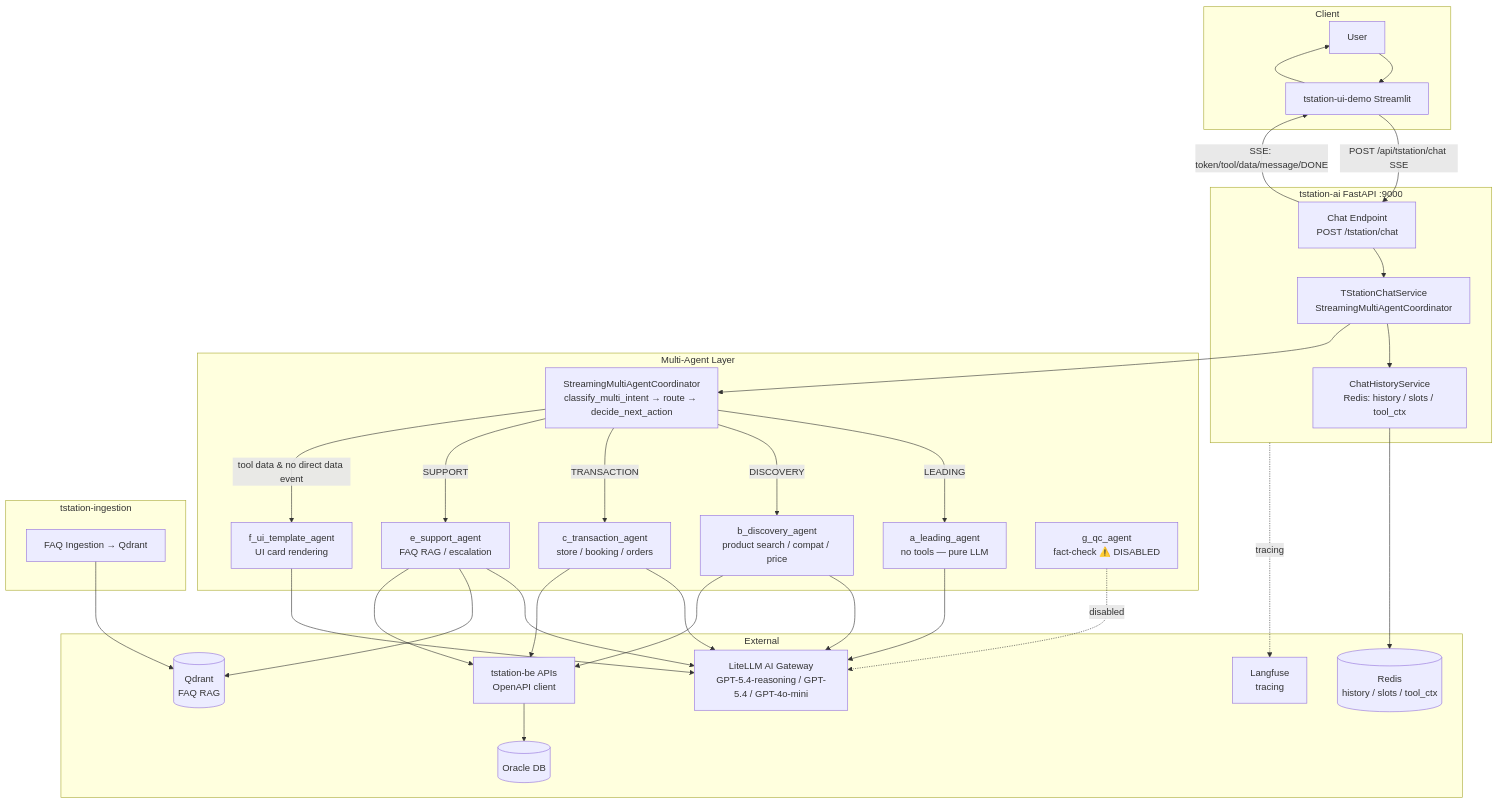
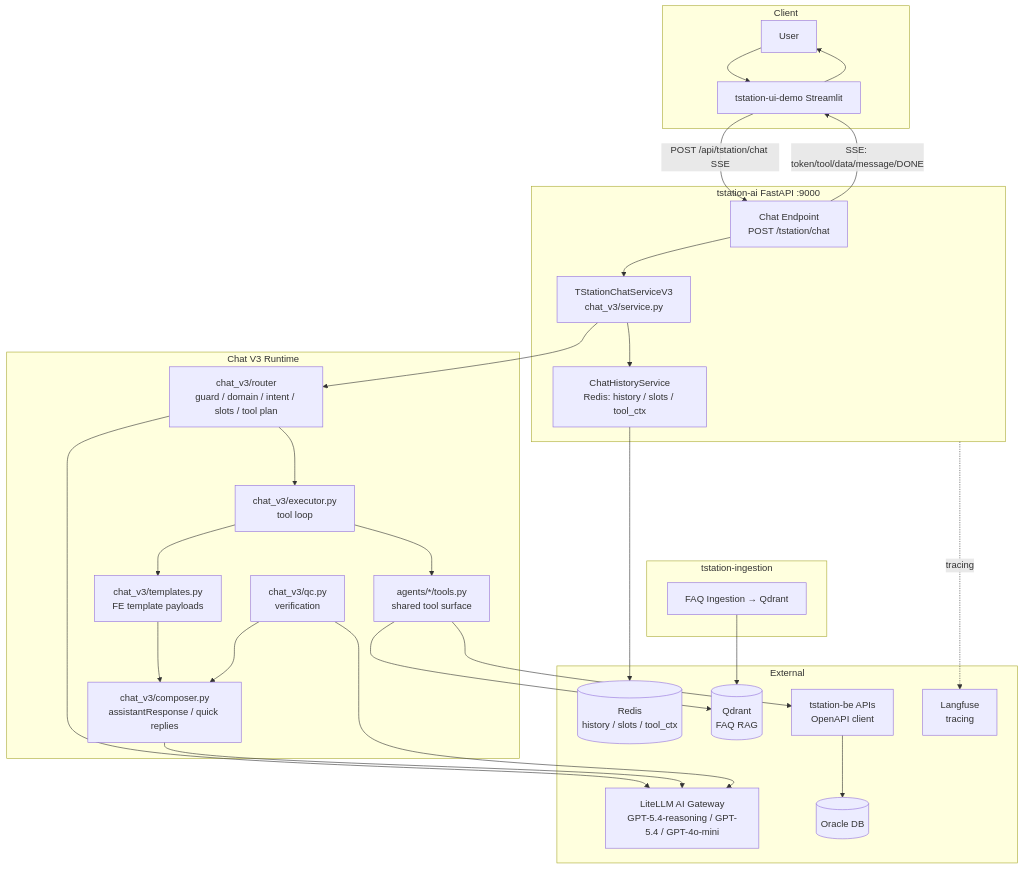
Before and after one commit to MinKhaungMinLwin/AI-Orchestration-Agent: the first of 2 diagrams in docs/full-architecture-mermaid.md, drawn with Mermaid. The commit also changed other lines of this file and 9 other files, not shown here.

````diff
--- a/docs/full-architecture-mermaid.md
+++ b/docs/full-architecture-mermaid.md
@@ -10,65 +13,59 @@
 ```mermaid
 flowchart TB
     subgraph Client
       U[User]
       UI[tstation-ui-demo Streamlit]
       U --> UI
       UI --> U
     end
 
     subgraph AI["tstation-ai FastAPI :9000"]
       EP[Chat Endpoint<br/>POST /tstation/chat]
-      CS[TStationChatService<br/>StreamingMultiAgentCoordinator]
+      CS[TStationChatServiceV3<br/>chat_v3/service.py]
       HS[ChatHistoryService<br/>Redis: history / slots / tool_ctx]
       EP --> CS
       CS --> HS
     end
 
-    subgraph Agents["Multi-Agent Layer"]
-      CO[StreamingMultiAgentCoordinator<br/>classify_multi_intent → route → decide_next_action]
-      L[a_leading_agent<br/>no tools — pure LLM]
-      D[b_discovery_agent<br/>product search / compat / price]
-      T[c_transaction_agent<br/>store / booking / orders]
-      S[e_support_agent<br/>FAQ RAG / escalation]
-      UT[f_ui_template_agent<br/>UI card rendering]
-      QC["g_qc_agent<br/>fact-check ⚠️ DISABLED"]
-      CO -->|LEADING| L
-      CO -->|DISCOVERY| D
-      CO -->|TRANSACTION| T
-      CO -->|SUPPORT| S
-      CO -->|tool data & no direct data event| UT
+    subgraph V3["Chat V3 Runtime"]
+      ROUTER[chat_v3/router<br/>guard / domain / intent / slots / tool plan]
+      EXEC[chat_v3/executor.py<br/>tool loop]
+      COMP[chat_v3/composer.py<br/>assistantResponse / quick replies]
+      TPL[chat_v3/templates.py<br/>FE template payloads]
+      QC[chat_v3/qc.py<br/>verification]
+      TOOLS[agents/*/tools.py<br/>shared tool surface]
+      ROUTER --> EXEC
+      EXEC --> TOOLS
+      EXEC --> TPL
+      TPL --> COMP
+      QC --> COMP
     end
 
     subgraph External
       GW[LiteLLM AI Gateway<br/>GPT-5.4-reasoning / GPT-5.4 / GPT-4o-mini]
       REDIS[(Redis<br/>history / slots / tool_ctx)]
       QDRANT[(Qdrant<br/>FAQ RAG)]
       BE[tstation-be APIs<br/>OpenAPI client]
       ORACLE[(Oracle DB)]
       LANG[Langfuse<br/>tracing]
     end
 
     subgraph Ingestion["tstation-ingestion"]
       ING[FAQ Ingestion → Qdrant]
     end
 
     UI -->|POST /api/tstation/chat SSE| EP
     EP -->|SSE: token/tool/data/message/DONE| UI
 
-    CS --> CO
-    L --> GW
-    D --> GW
-    T --> GW
-    S --> GW
-    UT --> GW
-    QC -.->|disabled| GW
+    CS --> ROUTER
+    ROUTER --> GW
+    COMP --> GW
+    QC --> GW
 
     HS --> REDIS
-    S --> QDRANT
-    D --> BE
-    T --> BE
-    S --> BE
+    TOOLS --> QDRANT
+    TOOLS --> BE
     BE --> ORACLE
     AI -.->|tracing| LANG
     ING --> QDRANT
 ```
````
